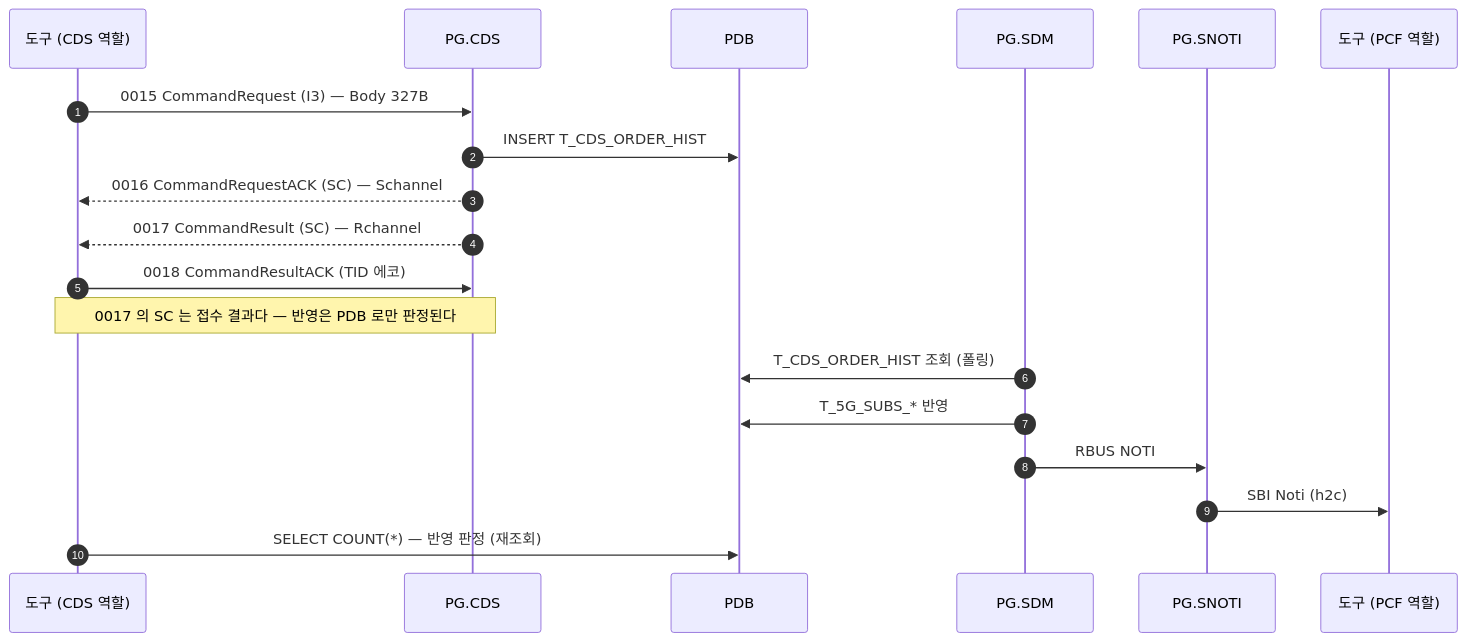
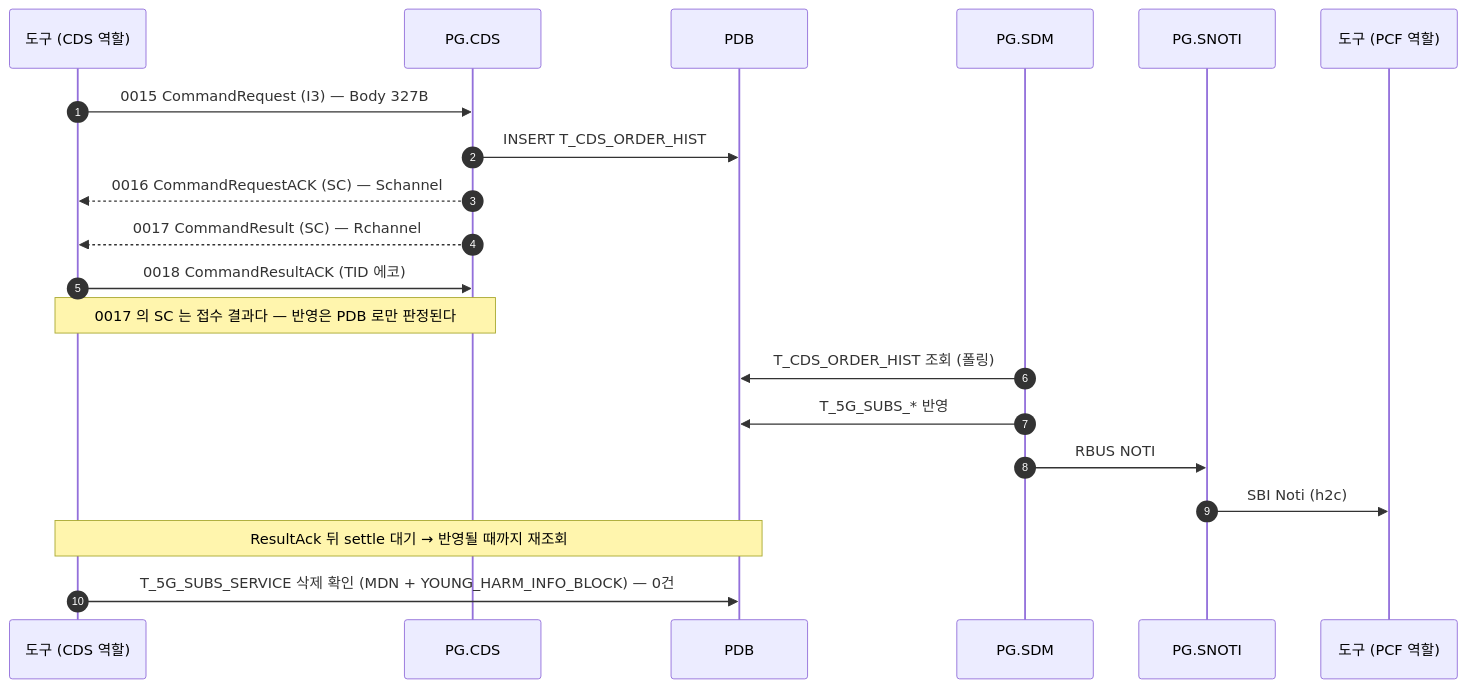
Before and after one commit to IanKim2030/tc4robot: the diagram in docs/callflow/CDS_I3.md, drawn with Mermaid. The commit also changed 18 other files, not shown here.

First line of the commit message:
docs: 콜플로우의 PDB 판정을 코드별 실제 조회로 바꾼다

````diff
--- a/docs/callflow/CDS_I3.md
+++ b/docs/callflow/CDS_I3.md
@@ -15,23 +15,24 @@
 ```mermaid
 sequenceDiagram
     autonumber
     participant TOOL as 도구 (CDS 역할)
     participant PCDS as PG.CDS
     participant PDB as PDB
     participant SDM as PG.SDM
     participant SNOTI as PG.SNOTI
     participant PCF as 도구 (PCF 역할)
 
     TOOL->>PCDS: 0015 CommandRequest (I3) — Body 327B
     PCDS->>PDB: INSERT T_CDS_ORDER_HIST
     PCDS-->>TOOL: 0016 CommandRequestACK (SC) — Schannel
     PCDS-->>TOOL: 0017 CommandResult (SC) — Rchannel
     TOOL->>PCDS: 0018 CommandResultACK (TID 에코)
     Note over TOOL,PCDS: 0017 의 SC 는 접수 결과다 — 반영은 PDB 로만 판정된다
 
     SDM->>PDB: T_CDS_ORDER_HIST 조회 (폴링)
     SDM->>PDB: T_5G_SUBS_* 반영
     SDM->>SNOTI: RBUS NOTI
     SNOTI->>PCF: SBI Noti (h2c)
-    TOOL->>PDB: SELECT COUNT(*) — 반영 판정 (재조회)
+    Note over TOOL,PDB: ResultAck 뒤 settle 대기 → 반영될 때까지 재조회
+    TOOL->>PDB: T_5G_SUBS_SERVICE 삭제 확인 (MDN + YOUNG_HARM_INFO_BLOCK) — 0건
 ```
````
